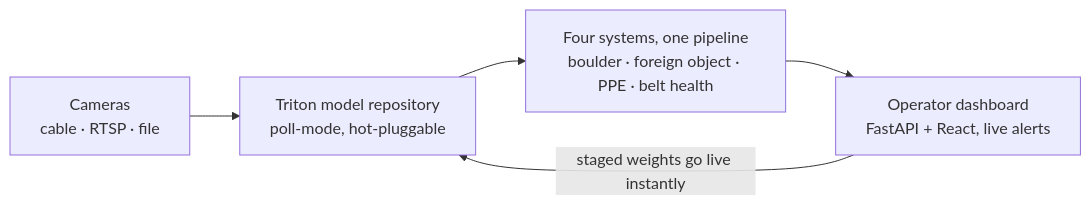
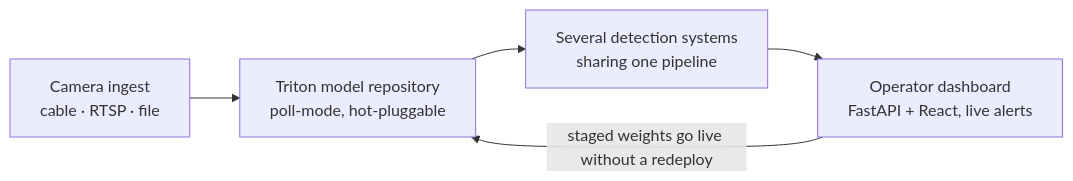
Before and after one commit to shivpratapsinghpanwar/shivpratapsinghpanwar: the first of 3 diagrams in README.md, drawn with Mermaid. The commit also changed other lines of this file, not shown here.

````diff
--- a/README.md
+++ b/README.md
@@ -29,7 +29,7 @@
 ```mermaid
 graph LR
-    A["Cameras<br/>cable · RTSP · file"] --> B["Triton model repository<br/>poll-mode, hot-pluggable"]
-    B --> C["Four systems, one pipeline<br/>boulder · foreign object · PPE · belt health"]
+    A["Camera ingest<br/>cable · RTSP · file"] --> B["Triton model repository<br/>poll-mode, hot-pluggable"]
+    B --> C["Several detection systems<br/>sharing one pipeline"]
     C --> D["Operator dashboard<br/>FastAPI + React, live alerts"]
-    D -->|"staged weights go live instantly"| B
+    D -->|"staged weights go live without a redeploy"| B
 ```
````
